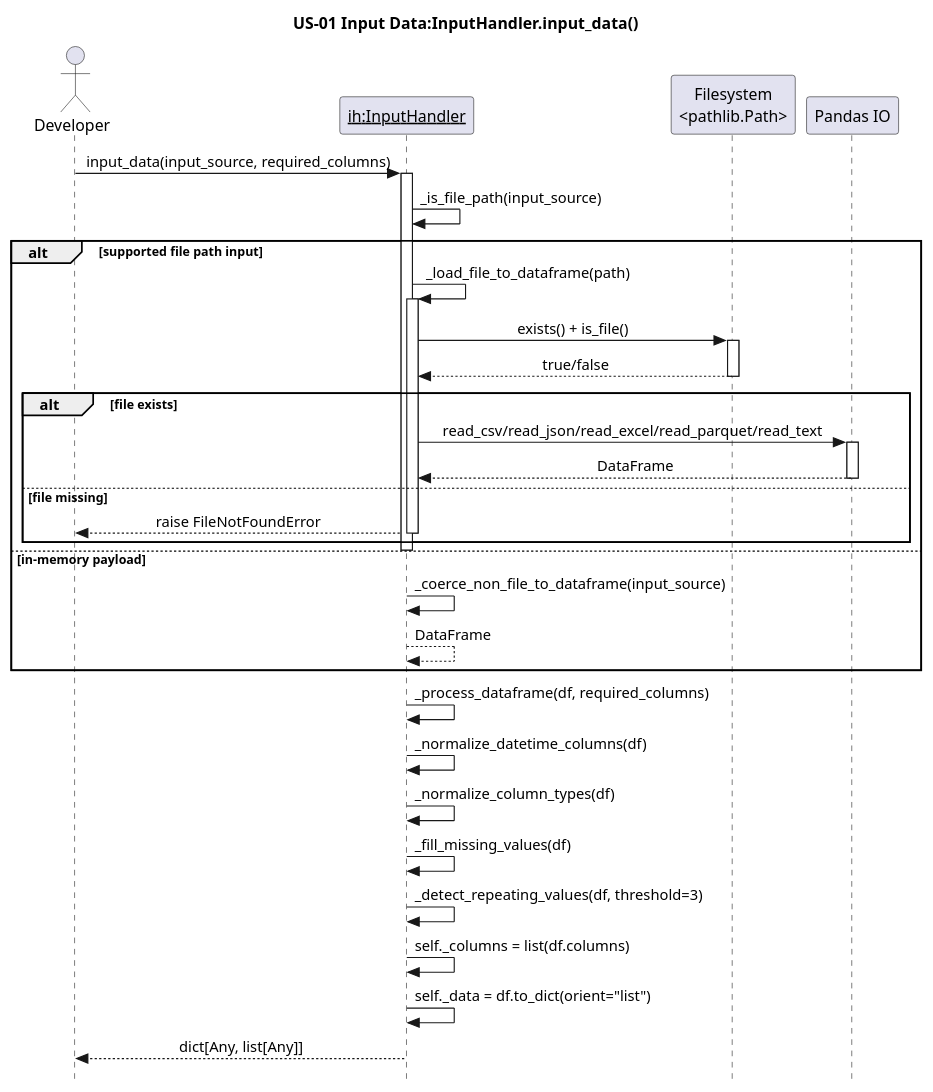
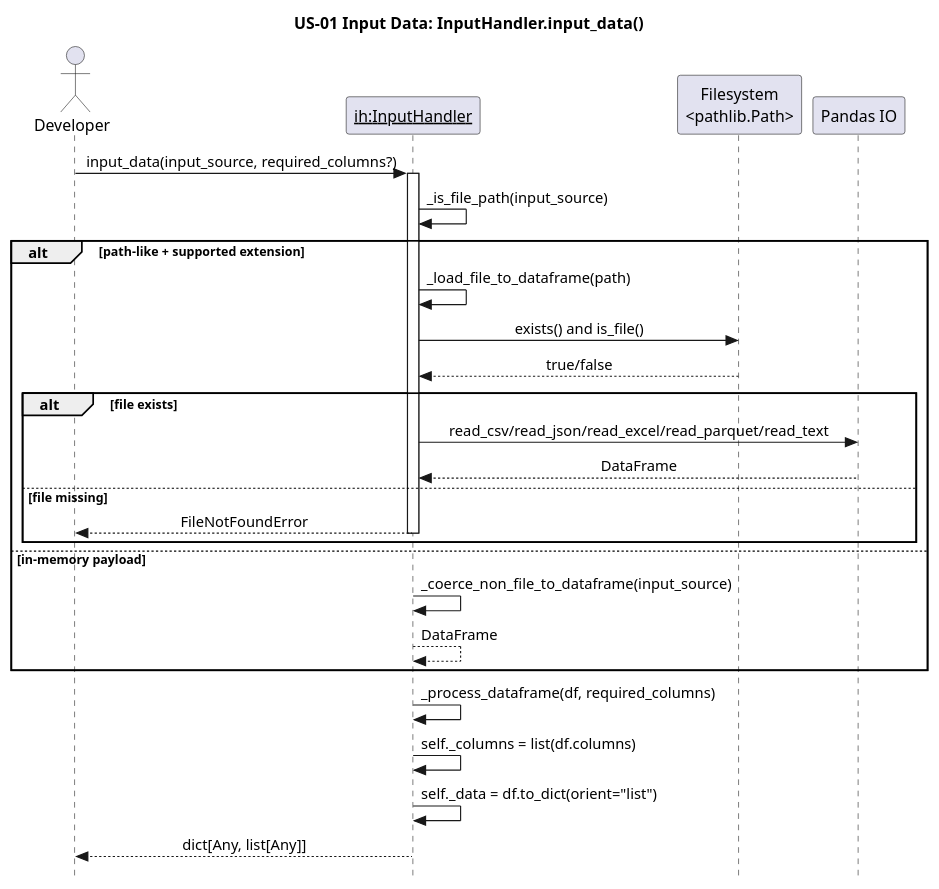
Before and after one commit to egrembocki/htmrl: the diagram in docs/puml/US/us-01.puml, drawn with PlantUML. The commit also changed 10 other files, not shown here.

Commit message:
Update US sequence diagrams to match current runtime code paths

```diff
--- a/docs/puml/US/us-01.puml
+++ b/docs/puml/US/us-01.puml
@@ -1,48 +1,39 @@
 @startuml
 skinparam style strictuml
 skinparam sequenceMessageAlign center
 skinparam responseMessageBelowArrow true
-title US-01 Input Data:InputHandler.input_data()
+
+title US-01 Input Data: InputHandler.input_data()
 
 actor Developer
 participant "<u>ih:InputHandler</u>" as IH
 participant "Filesystem\n<pathlib.Path>" as FS
 participant "Pandas IO" as PD
 
-Developer -> IH: input_data(input_source, required_columns)
+Developer -> IH: input_data(input_source, required_columns?)
 activate IH
 IH -> IH: _is_file_path(input_source)
 
-alt supported file path input
+alt path-like + supported extension
   IH -> IH: _load_file_to_dataframe(path)
-  activate IH
-  IH -> FS: exists() + is_file()
-  activate FS
+  IH -> FS: exists() and is_file()
   FS --> IH: true/false
-  deactivate FS
 
   alt file exists
     IH -> PD: read_csv/read_json/read_excel/read_parquet/read_text
-    activate PD
     PD --> IH: DataFrame
-    deactivate PD
   else file missing
-    IH --> Developer: raise FileNotFoundError
+    IH --> Developer: FileNotFoundError
     deactivate IH
   end
-  deactivate IH
 else in-memory payload
   IH -> IH: _coerce_non_file_to_dataframe(input_source)
   IH --> IH: DataFrame
 end
 
 IH -> IH: _process_dataframe(df, required_columns)
-IH -> IH: _normalize_datetime_columns(df)
-IH -> IH: _normalize_column_types(df)
-IH -> IH: _fill_missing_values(df)
-IH -> IH: _detect_repeating_values(df, threshold=3)
 IH -> IH: self._columns = list(df.columns)
 IH -> IH: self._data = df.to_dict(orient="list")
 IH --> Developer: dict[Any, list[Any]]
 deactivate IH
 @enduml
```
